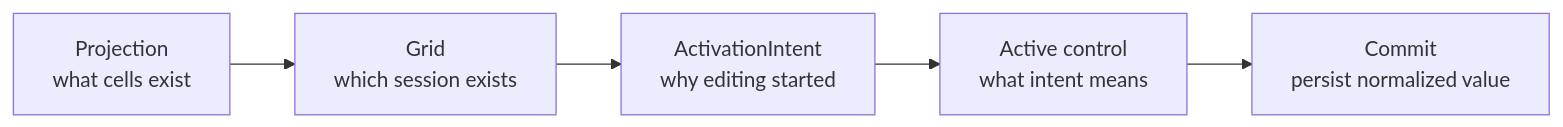
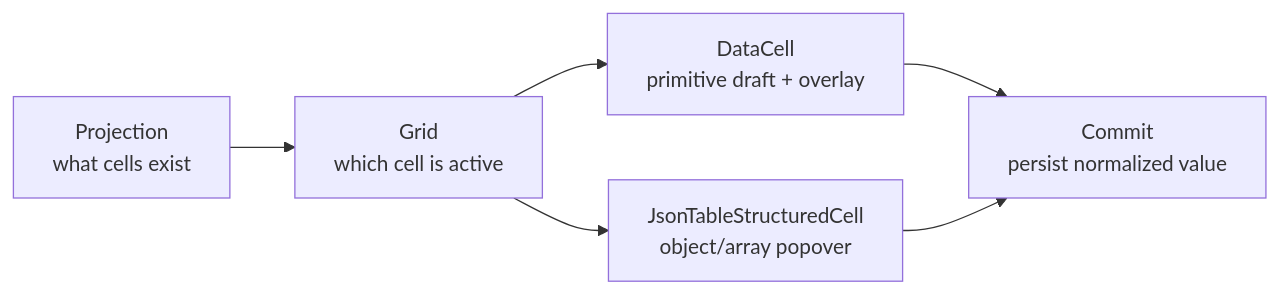
Before and after one commit to retab-dev/retab-ui: the fourth of 4 diagrams in components/json-table/ARCHITECTURE_DIAGRAM.md, drawn with Mermaid. The commit also changed other lines of this file and 186 other files, not shown here.

````diff
--- a/components/json-table/ARCHITECTURE_DIAGRAM.md
+++ b/components/json-table/ARCHITECTURE_DIAGRAM.md
@@ -128,10 +114,12 @@
 ```mermaid
 flowchart LR
   Projection["Projection<br/>what cells exist"]
-  Grid["Grid<br/>which session exists"]
-  Intent["ActivationIntent<br/>why editing started"]
-  Active["Active control<br/>what intent means"]
+  Grid["Grid<br/>which cell is active"]
+  Primitive["DataCell<br/>primitive draft + overlay"]
+  Structured["JsonTableStructuredCell<br/>object/array popover"]
   Commit["Commit<br/>persist normalized value"]
 
-  Projection --> Grid --> Intent --> Active --> Commit
+  Projection --> Grid
+  Grid --> Primitive --> Commit
+  Grid --> Structured --> Commit
 ```
````
